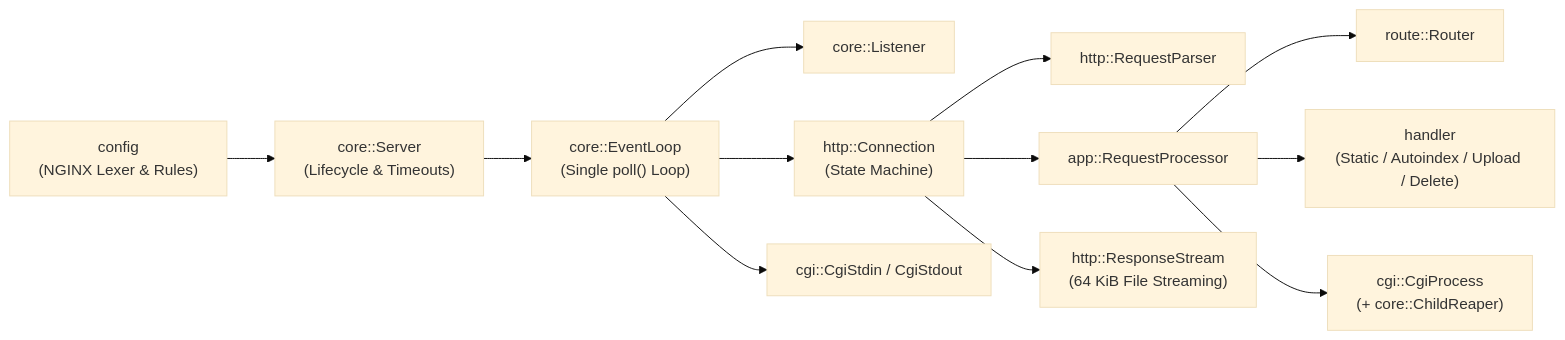
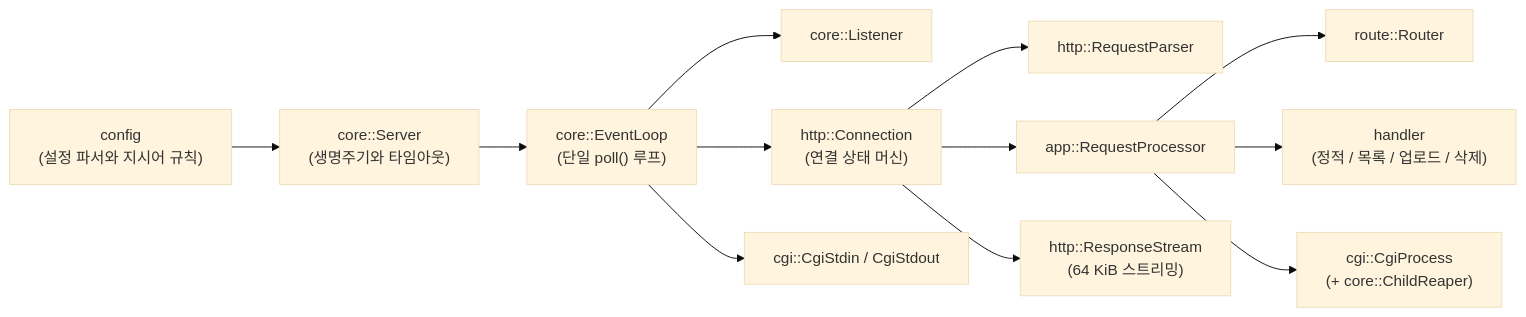
Before and after one commit to 42GS/webserv: the diagram in README.md, drawn with Mermaid (base theme). The commit also changed other lines of this file and 11 other files, not shown here.

````diff
--- a/README.md
+++ b/README.md
@@ -45,14 +45,14 @@
 ```mermaid
 flowchart LR
-    Config["config<br/>(NGINX Lexer &amp; Rules)"] --> Server["core::Server<br/>(Lifecycle &amp; Timeouts)"]
-    Server --> Loop["core::EventLoop<br/>(Single poll() Loop)"]
+    Config["config<br/>(설정 파서와 지시어 규칙)"] --> Server["core::Server<br/>(생명주기와 타임아웃)"]
+    Server --> Loop["core::EventLoop<br/>(단일 poll() 루프)"]
     Loop --> Listener["core::Listener"]
-    Loop --> Conn["http::Connection<br/>(State Machine)"]
+    Loop --> Conn["http::Connection<br/>(연결 상태 머신)"]
     Loop --> Pipes["cgi::CgiStdin / CgiStdout"]
     Conn --> Parser["http::RequestParser"]
     Conn --> Proc["app::RequestProcessor"]
-    Conn --> Stream["http::ResponseStream<br/>(64 KiB File Streaming)"]
+    Conn --> Stream["http::ResponseStream<br/>(64 KiB 스트리밍)"]
     Proc --> Router["route::Router"]
-    Proc --> Handler["handler<br/>(Static / Autoindex / Upload / Delete)"]
+    Proc --> Handler["handler<br/>(정적 / 목록 / 업로드 / 삭제)"]
     Proc --> CGI["cgi::CgiProcess<br/>(+ core::ChildReaper)"]
 ```
````
